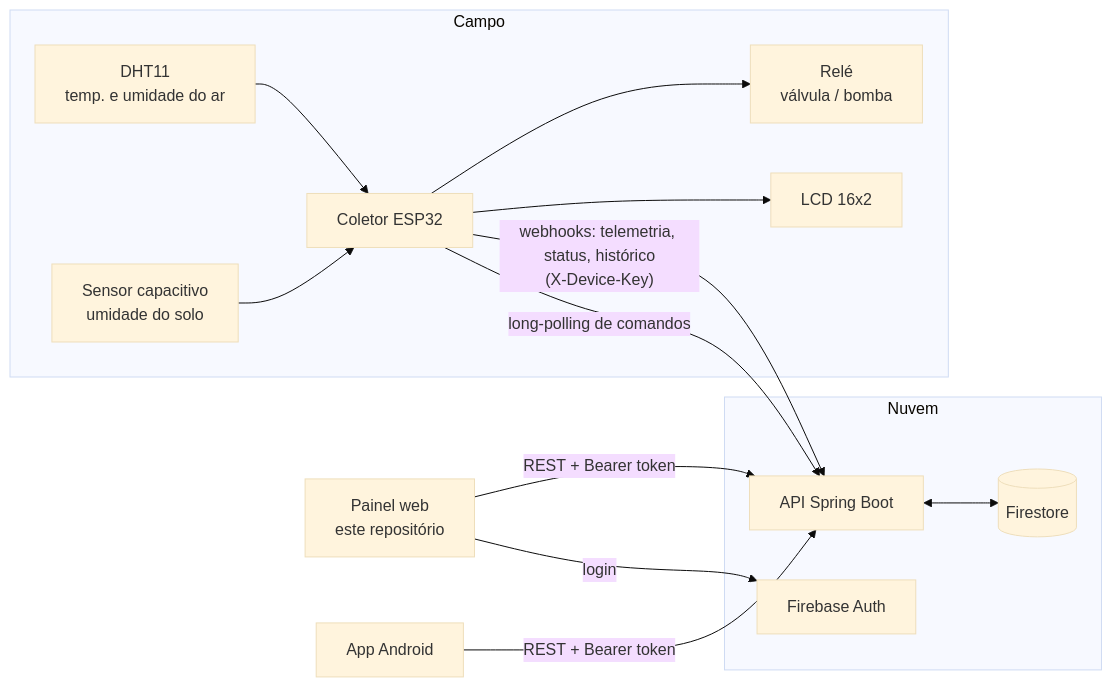
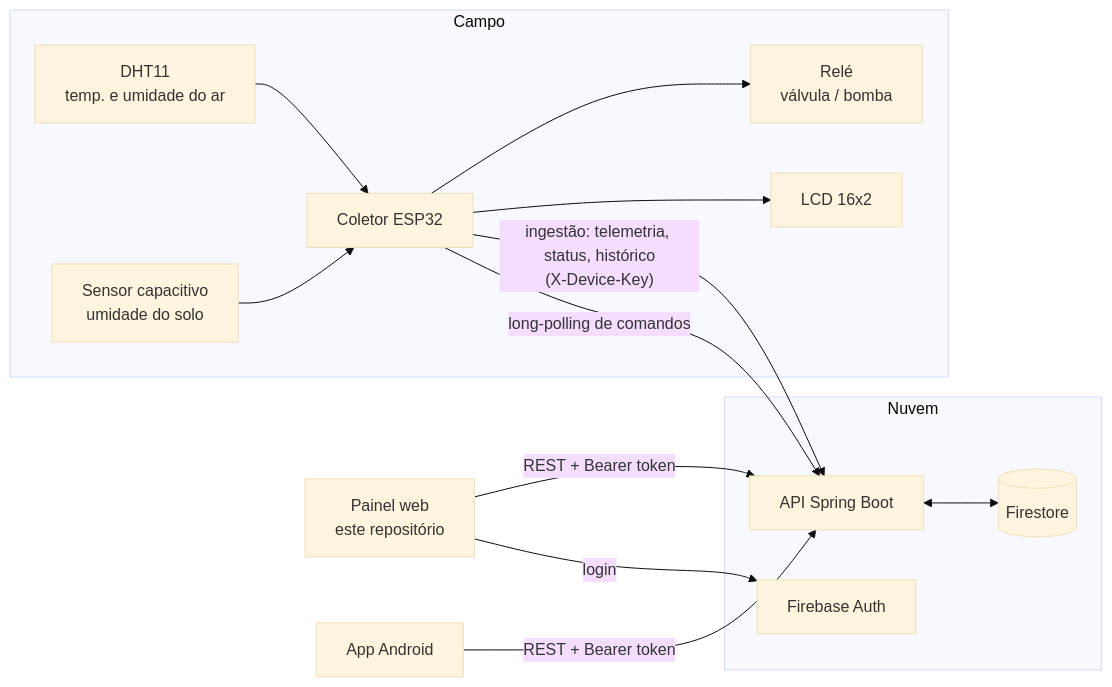
One commit to jorgearaujor/smart-irrigation-front changed the diagram in README.md. Above: the diagram before and after it, drawn with Mermaid (base theme). The commit also changed other lines of this file, not shown here.

First line of the commit message:
Troca as rotas /api/webhooks por /api/ingest

````diff
--- a/README.md
+++ b/README.md
@@ -35,30 +35,30 @@
 ```mermaid
 flowchart LR
     subgraph Campo
         S1[DHT11<br/>temp. e umidade do ar]
         S2[Sensor capacitivo<br/>umidade do solo]
         ESP[Coletor ESP32]
         R[Relé<br/>válvula / bomba]
         LCD[LCD 16x2]
         S1 --> ESP
         S2 --> ESP
         ESP --> R
         ESP --> LCD
     end
 
     subgraph Nuvem
         API[API Spring Boot]
         FS[(Firestore)]
         AUTH[Firebase Auth]
         API <--> FS
     end
 
     WEB[Painel web<br/>este repositório]
     MOB[App Android]
 
-    ESP -- "webhooks: telemetria, status, histórico<br/>(X-Device-Key)" --> API
+    ESP -- "ingestão: telemetria, status, histórico<br/>(X-Device-Key)" --> API
     ESP -- "long-polling de comandos" --> API
     WEB -- "REST + Bearer token" --> API
     MOB -- "REST + Bearer token" --> API
     WEB -- login --> AUTH
 ```
````
